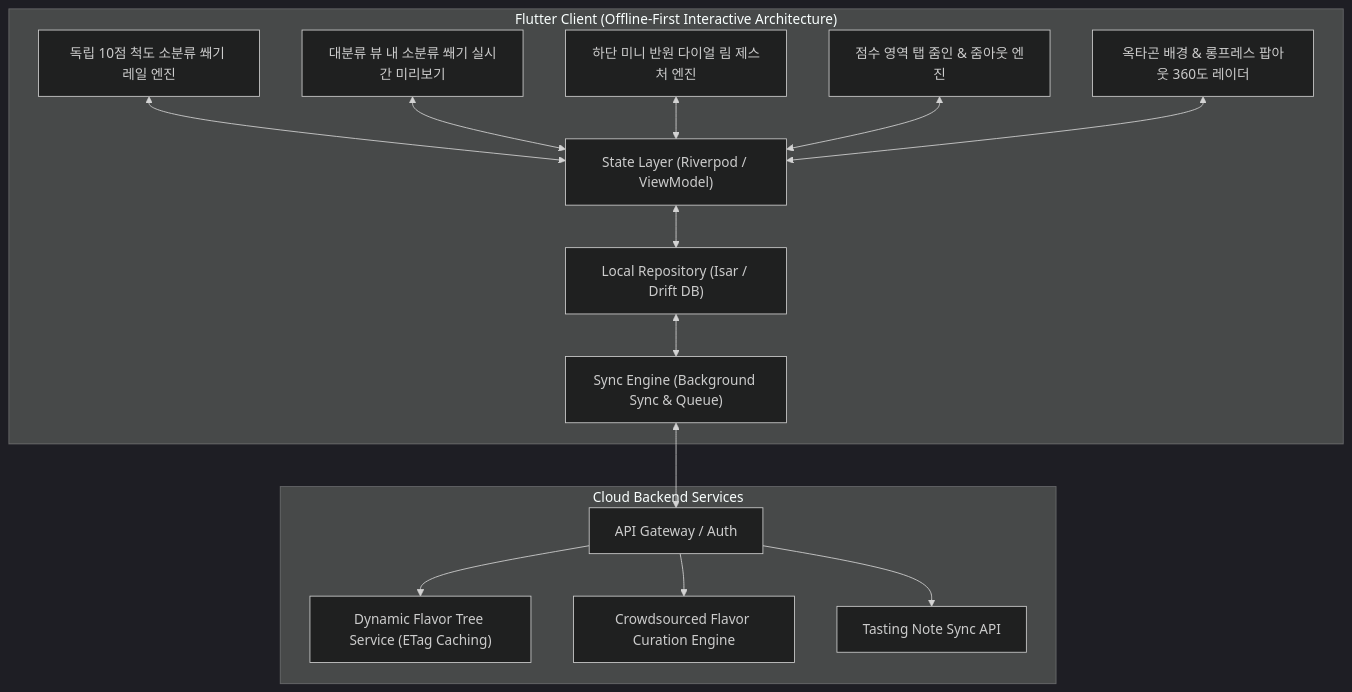
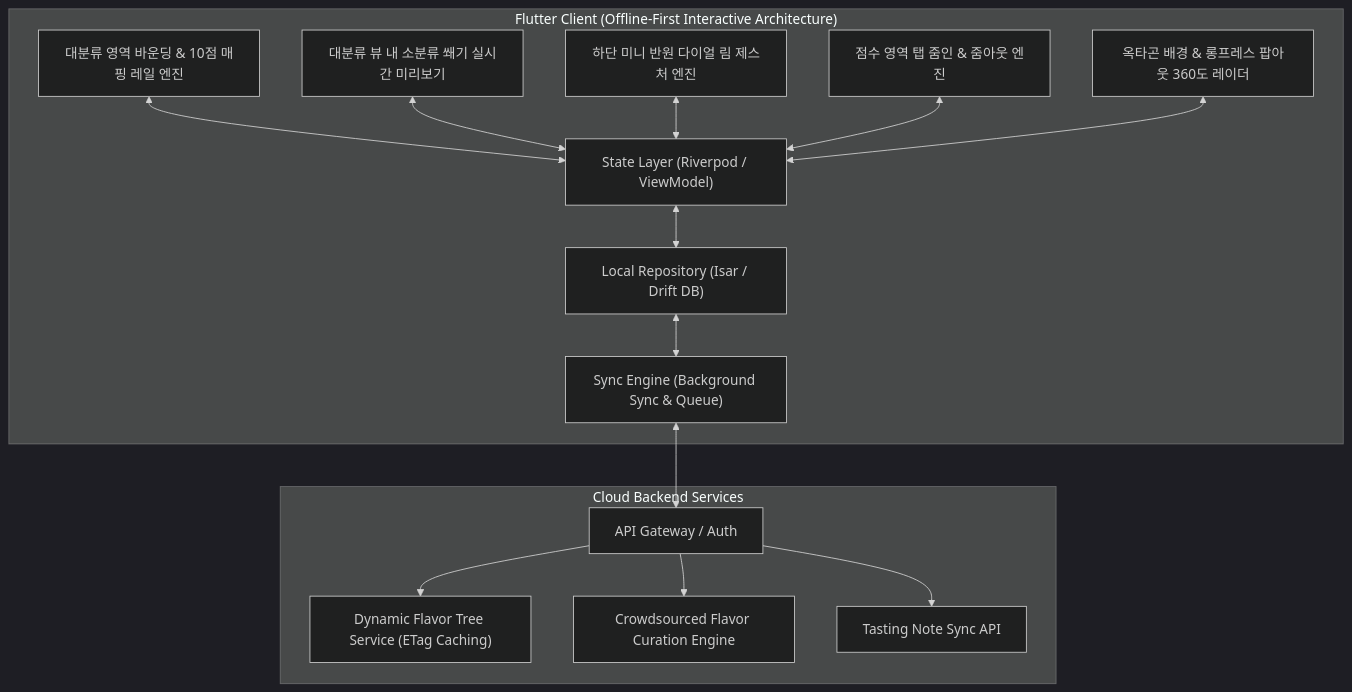
The diagram in README.md (chanhooop/FlavorWheel), drawn with Mermaid (dark theme) before and after one commit. The commit also changed other lines of this file and 1 other file, not shown here.

Commit message:
feat: 소분류 선택 영역 상한은 대분류 영역으로 바운딩하되 점수는 10점 만점 매핑 모델 적용

````diff
--- a/README.md
+++ b/README.md
@@ -82,34 +83,34 @@
 ```mermaid
 graph TB
     subgraph Client ["Flutter Client (Offline-First Interactive Architecture)"]
-        ScaleEngine["독립 10점 척도 소분류 쐐기 레일 엔진"]
+        BoundedScaleEngine["대분류 영역 바운딩 & 10점 매핑 레일 엔진"]
         InWheelPreviewEngine["대분류 뷰 내 소분류 쐐기 실시간 미리보기"]
         MiniDialEngine["하단 미니 반원 다이얼 림 제스처 엔진"]
         TapZoomEngine["점수 영역 탭 줌인 & 줌아웃 엔진"]
         OctagonRadarEngine["옥타곤 배경 & 롱프레스 팝아웃 360도 레이더"]
 
         State["State Layer (Riverpod / ViewModel)"]
         SyncEngine["Sync Engine (Background Sync & Queue)"]
         LocalRepository["Local Repository (Isar / Drift DB)"]
 
-        ScaleEngine <--> State
+        BoundedScaleEngine <--> State
         InWheelPreviewEngine <--> State
         MiniDialEngine <--> State
         TapZoomEngine <--> State
         OctagonRadarEngine <--> State
         State <--> LocalRepository
         LocalRepository <--> SyncEngine
     end
 
     subgraph RemoteBackend ["Cloud Backend Services"]
         Gateway["API Gateway / Auth"]
         TreeService["Dynamic Flavor Tree Service (ETag Caching)"]
         CurationService["Crowdsourced Flavor Curation Engine"]
         NoteService["Tasting Note Sync API"]
     end
 
     SyncEngine <--> Gateway
     Gateway --> TreeService
     Gateway --> CurationService
     Gateway --> NoteService
 ```
````
